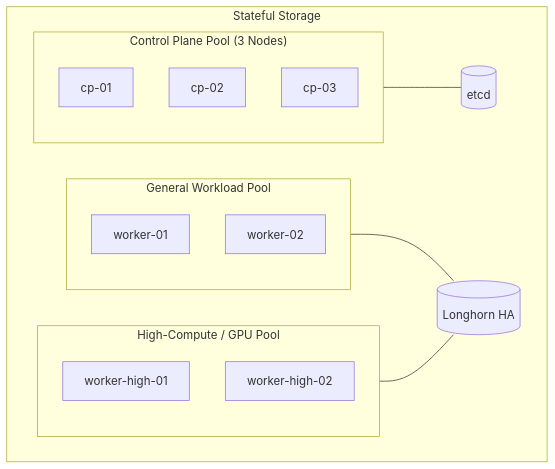
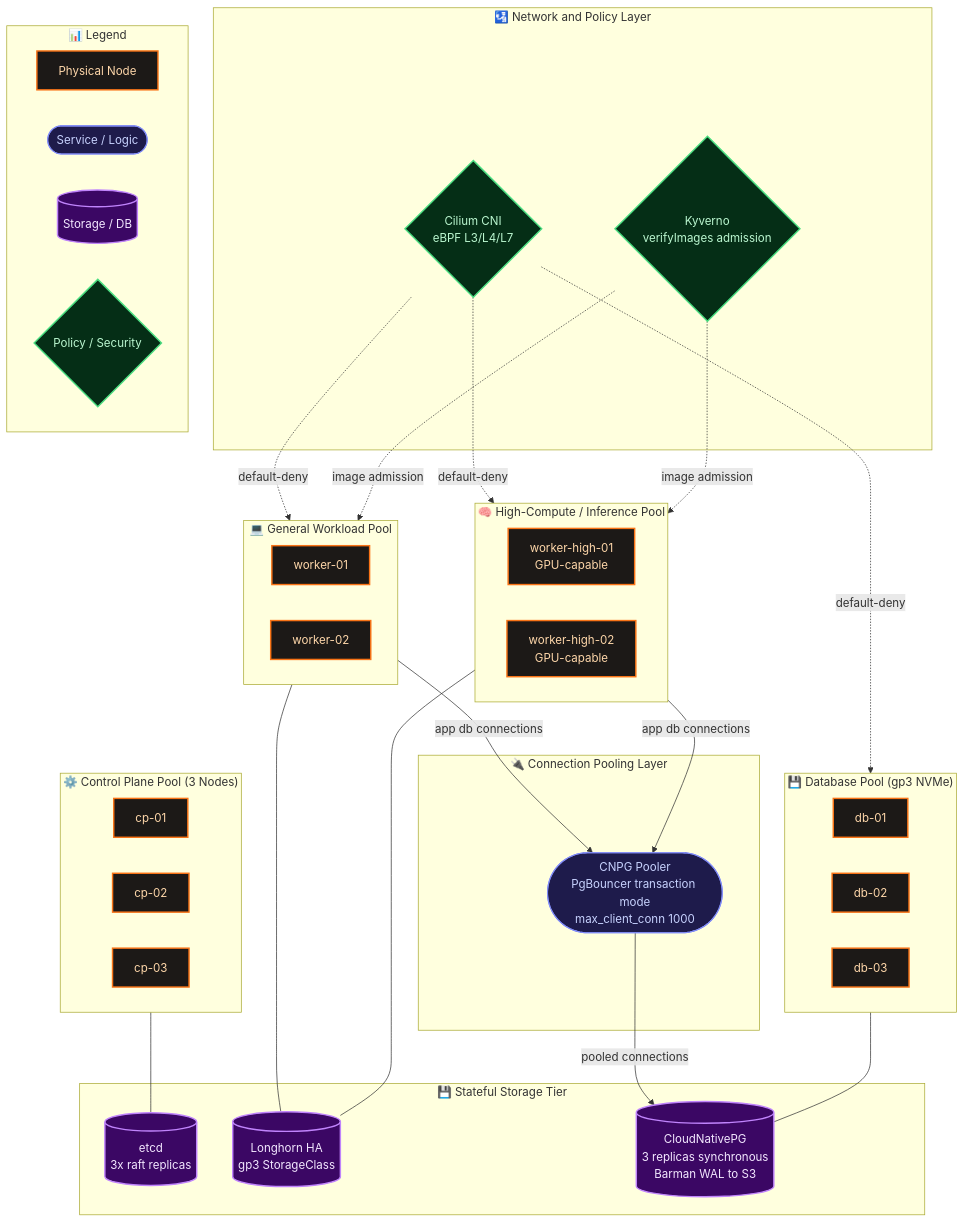
The diagram in docs/diagrams/cluster.mmd (KeemWilliams/helix-platform), drawn with Mermaid before and after one commit. The commit also changed 108 other files, not shown here.

```diff
--- a/docs/diagrams/cluster.mmd
+++ b/docs/diagrams/cluster.mmd
@@ -1,32 +1,75 @@
-%% Cluster Architecture v1.0
-%% Owner: Infrastructure Lead
+%% Cluster Architecture v3.2 — Elite Version
+%% Physical Node & Resource Mapping
+%% Owner: @infra-owner
 %% Last Validated: 2026-02-23
 
 graph TD
-  subgraph CP_Pool ["Control Plane Pool (3 Nodes)"]
-    CP1[cp-01]
-    CP2[cp-02]
-    CP3[cp-03]
+  classDef pool  fill:#1c1917,stroke:#f97316,stroke-width:2px,color:#fed7aa;
+  classDef svc   fill:#1e1b4b,stroke:#818cf8,stroke-width:1.5px,color:#c7d2fe;
+  classDef store fill:#3b0764,stroke:#c084fc,stroke-width:2px,color:#f3e8ff;
+  classDef sec   fill:#052e16,stroke:#4ade80,stroke-width:2px,color:#bbf7d0;
+
+  %% ── NODE POOLS ────────────────────────────────────────────────────────
+  subgraph CP ["⚙️ Control Plane Pool (3 Nodes)"]
+    CP1["cp-01"]:::pool
+    CP2["cp-02"]:::pool
+    CP3["cp-03"]:::pool
   end
 
-  subgraph Worker_Standard ["General Workload Pool"]
-    W1[worker-01]
-    W2[worker-02]
+  subgraph WS ["💻 General Workload Pool"]
+    W1["worker-01"]:::pool
+    W2["worker-02"]:::pool
   end
 
-  subgraph Worker_High ["High-Compute / GPU Pool"]
-    WH1[worker-high-01]
-    WH2[worker-high-02]
+  subgraph WH ["🧠 High-Compute / Inference Pool"]
+    WH1["worker-high-01\nGPU-capable"]:::pool
+    WH2["worker-high-02\nGPU-capable"]:::pool
   end
 
-  subgraph Storage_Tier ["Stateful Storage"]
-    CP_Pool --- ETCD[(etcd)]
-    Worker_Standard --- LH[(Longhorn HA)]
-    Worker_High --- LH
+  subgraph DB ["💾 Database Pool (gp3 NVMe)"]
+    direction LR
+    DB1["db-01"]:::pool
+    DB2["db-02"]:::pool
+    DB3["db-03"]:::pool
   end
 
-  %% Node Labels:
-  %% pool=worker-standard, pool=worker-high
-  %% Verification Commands:
-  %% kubectl get nodes -L pool
-  %% kubectl get sc
+  %% ── SERVICES & STORAGE ────────────────────────────────────────────────
+  subgraph CONN ["🔌 Connection Pooling Layer"]
+    Pooler(["CNPG Pooler\nPgBouncer transaction mode\nmax_client_conn 1000"]):::svc
+  end
+
+  subgraph STORAGE ["💾 Stateful Storage Tier"]
+    ETCD[("etcd\n3x raft replicas")]:::store
+    LH[("Longhorn HA\ngp3 StorageClass")]:::store
+    CNPG[("CloudNativePG\n3 replicas synchronous\nBarman WAL to S3")]:::store
+  end
+
+  subgraph NET ["🛂 Network and Policy Layer"]
+    Cilium{"Cilium CNI\neBPF L3/L4/L7"}:::sec
+    Kyverno{"Kyverno\nverifyImages admission"}:::sec
+  end
+
+  %% ── RELATIONSHIPS ─────────────────────────────────────────────────────
+  CP  --- ETCD
+  WS  --- LH
+  WH  --- LH
+  DB  --- CNPG
+
+  WS  -->|"app db connections"| Pooler
+  WH  -->|"app db connections"| Pooler
+  Pooler -->|"pooled connections"| CNPG
+
+  Cilium  -.->|"default-deny"| WS
+  Cilium  -.->|"default-deny"| WH
+  Cilium  -.->|"default-deny"| DB
+  Kyverno -.->|"image admission"| WS
+  Kyverno -.->|"image admission"| WH
+
+  %% ── LEGEND ────────────────────────────────────────────────────────────
+  subgraph LEGEND ["📊 Legend"]
+    direction LR
+    L1["Physical Node"]:::pool
+    L2(["Service / Logic"]):::svc
+    L3[("Storage / DB")]:::store
+    L4{"Policy / Security"}:::sec
+  end
```
